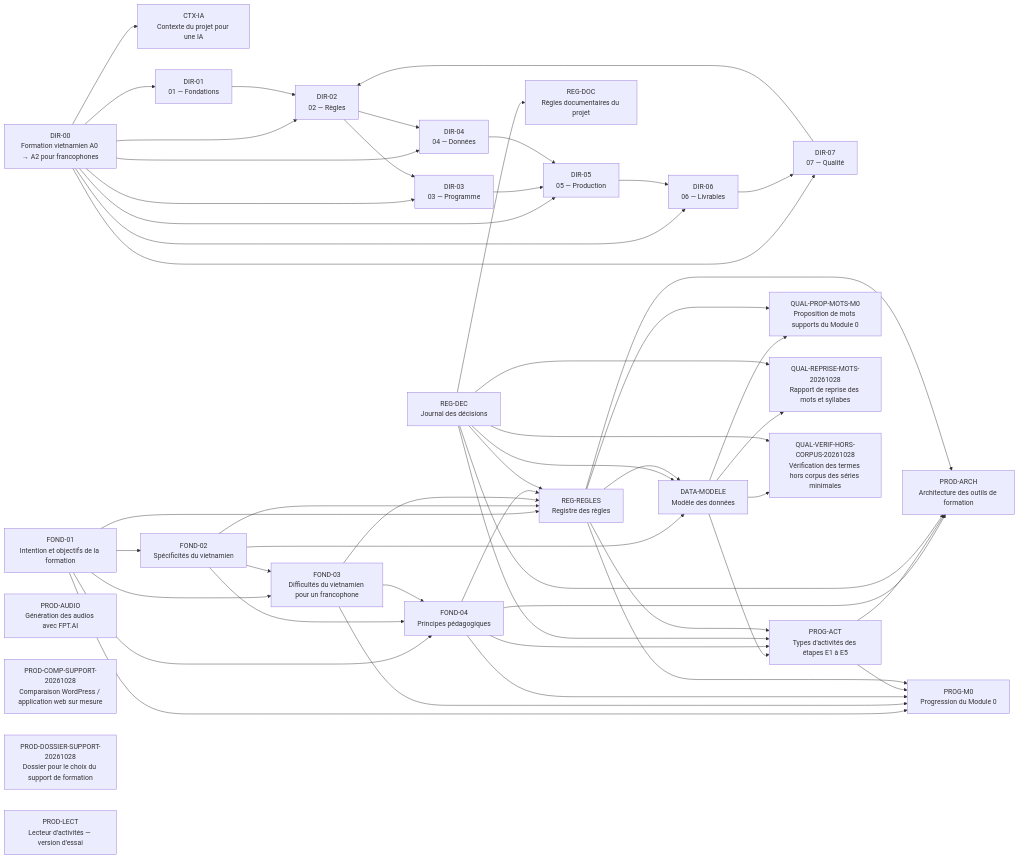
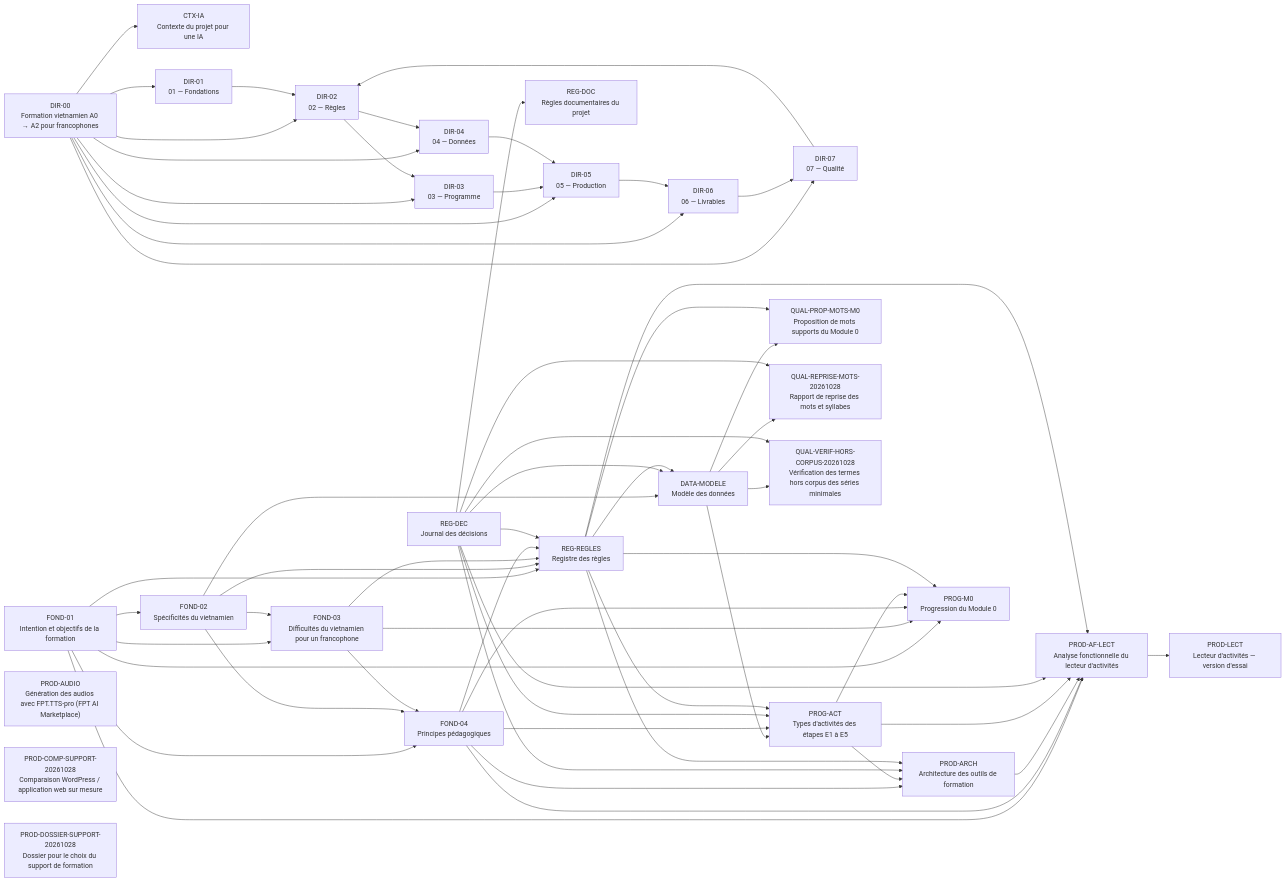
The diagram in CARTE_DOCUMENTAIRE.md (cappleinouest-lang/viet-project), drawn with Mermaid before and after one commit. The commit also changed other lines of this file and 4553 other files, not shown here.

```diff
--- a/CARTE_DOCUMENTAIRE.md
+++ b/CARTE_DOCUMENTAIRE.md
@@ -34,8 +34,9 @@
   FOND_02["FOND-02<br/>Spécificités du vietnamien"]
   FOND_03["FOND-03<br/>Difficultés du vietnamien pour un francophone"]
   FOND_04["FOND-04<br/>Principes pédagogiques"]
+  PROD_AF_LECT["PROD-AF-LECT<br/>Analyse fonctionnelle du lecteur d'activités"]
   PROD_ARCH["PROD-ARCH<br/>Architecture des outils de formation"]
-  PROD_AUDIO["PROD-AUDIO<br/>Génération des audios avec FPT.AI"]
+  PROD_AUDIO["PROD-AUDIO<br/>Génération des audios avec FPT.TTS-pro (FPT AI Marketplace)"]
   PROD_COMP_SUPPORT_20261028["PROD-COMP-SUPPORT-20261028<br/>Comparaison WordPress / application web sur mesure"]
   PROD_DOSSIER_SUPPORT_20261028["PROD-DOSSIER-SUPPORT-20261028<br/>Dossier pour le choix du support de formation"]
   PROD_LECT["PROD-LECT<br/>Lecteur d'activités — version d'essai"]
@@ -70,6 +71,7 @@
   FOND_01 --> FOND_02
   FOND_01 --> FOND_03
   FOND_01 --> FOND_04
+  FOND_01 --> PROD_AF_LECT
   FOND_01 --> PROG_M0
   FOND_01 --> REG_REGLES
   FOND_02 --> DATA_MODELE
@@ -79,13 +81,18 @@
   FOND_03 --> FOND_04
   FOND_03 --> PROG_M0
   FOND_03 --> REG_REGLES
+  FOND_04 --> PROD_AF_LECT
   FOND_04 --> PROD_ARCH
   FOND_04 --> PROG_ACT
   FOND_04 --> PROG_M0
   FOND_04 --> REG_REGLES
+  PROD_AF_LECT --> PROD_LECT
+  PROD_ARCH --> PROD_AF_LECT
+  PROG_ACT --> PROD_AF_LECT
   PROG_ACT --> PROD_ARCH
   PROG_ACT --> PROG_M0
   REG_DEC --> DATA_MODELE
+  REG_DEC --> PROD_AF_LECT
   REG_DEC --> PROD_ARCH
   REG_DEC --> PROG_ACT
   REG_DEC --> QUAL_REPRISE_MOTS_20261028
@@ -93,6 +100,7 @@
   REG_DEC --> REG_DOC
   REG_DEC --> REG_REGLES
   REG_REGLES --> DATA_MODELE
+  REG_REGLES --> PROD_AF_LECT
   REG_REGLES --> PROD_ARCH
   REG_REGLES --> PROG_ACT
   REG_REGLES --> PROG_M0
```
